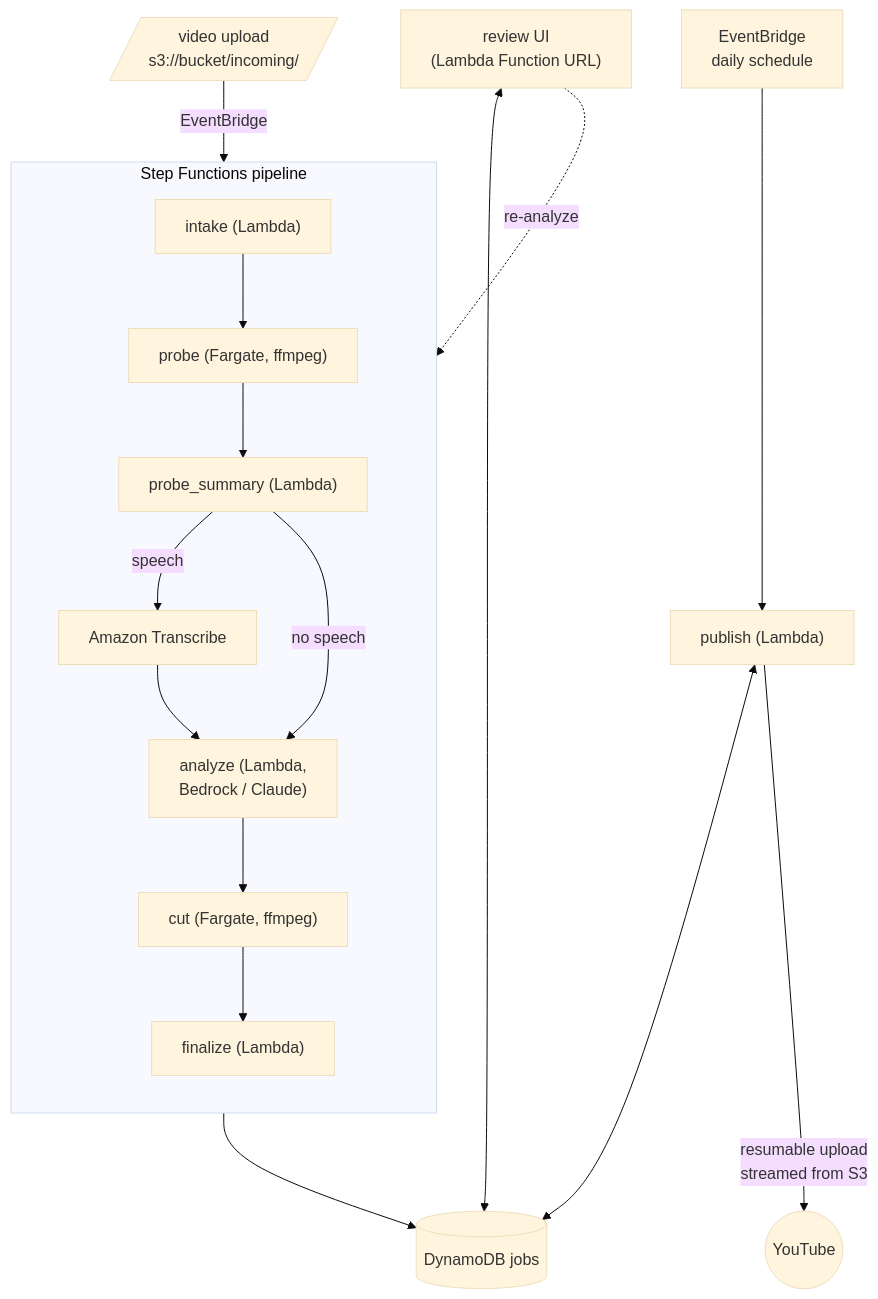
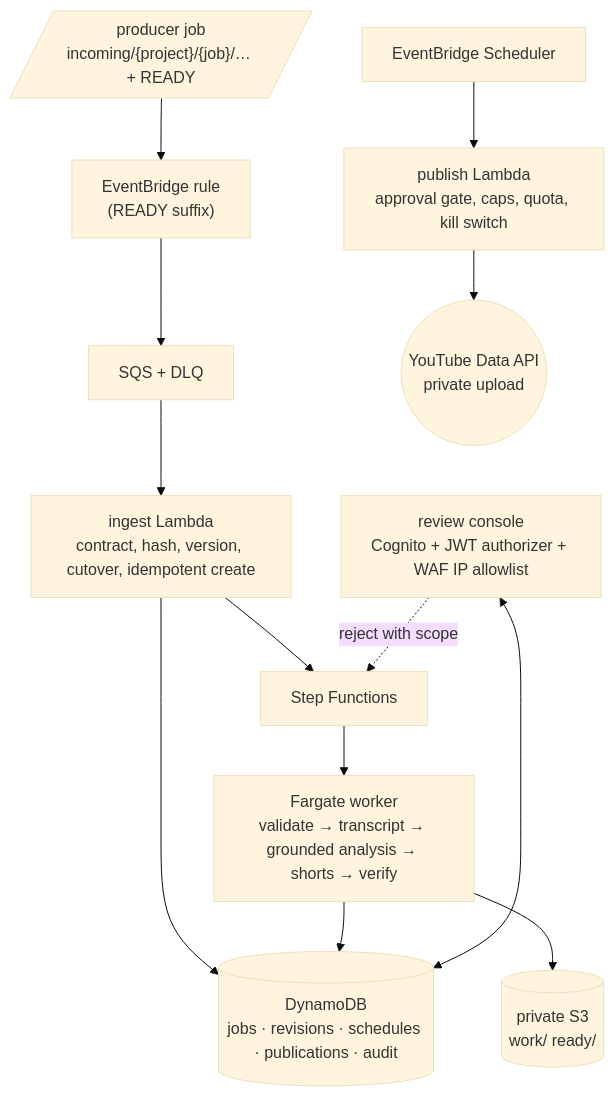
The diagram in README.md (palumbou/another_youtube_auto_publisher), drawn with Mermaid (base theme) before and after one commit. The commit also changed other lines of this file and 1 other file, not shown here.

Commit message:
docs(readme): describe the review-first pipeline and the local stack

````diff
--- a/README.md
+++ b/README.md
@@ -15,22 +31,13 @@
 ```mermaid
-flowchart TB
-    U[/"video upload<br/>s3://bucket/incoming/"/] -->|EventBridge| SM
-
-    subgraph SM["Step Functions pipeline"]
-        direction TB
-        IN["intake (Lambda)"] --> PB["probe (Fargate, ffmpeg)"]
-        PB --> PS["probe_summary (Lambda)"]
-        PS -->|speech| TR["Amazon Transcribe"]
-        TR --> AN["analyze (Lambda,<br/>Bedrock / Claude)"]
-        PS -->|no speech| AN
-        AN --> CT["cut (Fargate, ffmpeg)"]
-        CT --> FN["finalize (Lambda)"]
-    end
-
-    FN --> DB[("DynamoDB jobs")]
-    UI["review UI<br/>(Lambda Function URL)"] <--> DB
-    UI -. re-analyze .-> SM
-    EB["EventBridge<br/>daily schedule"] --> PU["publish (Lambda)"]
-    PU <--> DB
-    PU -->|"resumable upload<br/>streamed from S3"| YT(("YouTube"))
+flowchart TD
+    P[/"producer job<br/>incoming/{project}/{job}/… + READY"/] --> EB["EventBridge rule<br/>(READY suffix)"]
+    EB --> Q["SQS + DLQ"] --> IN["ingest Lambda<br/>contract, hash, version, cutover, idempotent create"]
+    IN --> DB[("DynamoDB<br/>jobs · revisions · schedules · publications · audit")]
+    IN --> SF["Step Functions"] --> W["Fargate worker<br/>validate → transcript → grounded analysis → shorts → verify"]
+    W --> S3[("private S3<br/>work/ ready/")]
+    W --> DB
+    C["review console<br/>Cognito + JWT authorizer + WAF IP allowlist"] <--> DB
+    C -. reject with scope .-> SF
+    SCH["EventBridge Scheduler"] --> PUB["publish Lambda<br/>approval gate, caps, quota, kill switch"]
+    PUB --> YT(("YouTube Data API<br/>private upload"))
 ```
````
